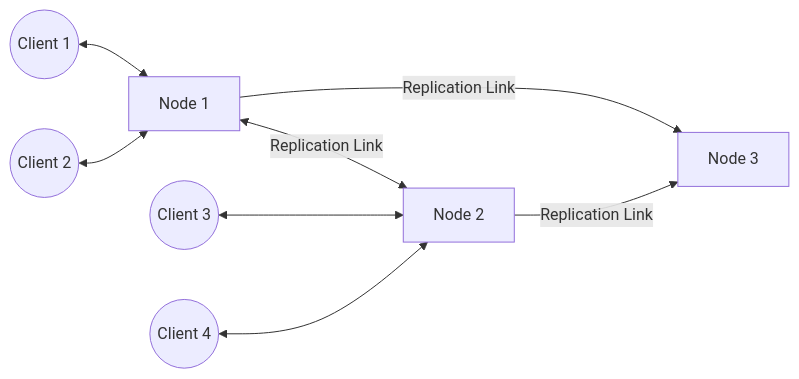
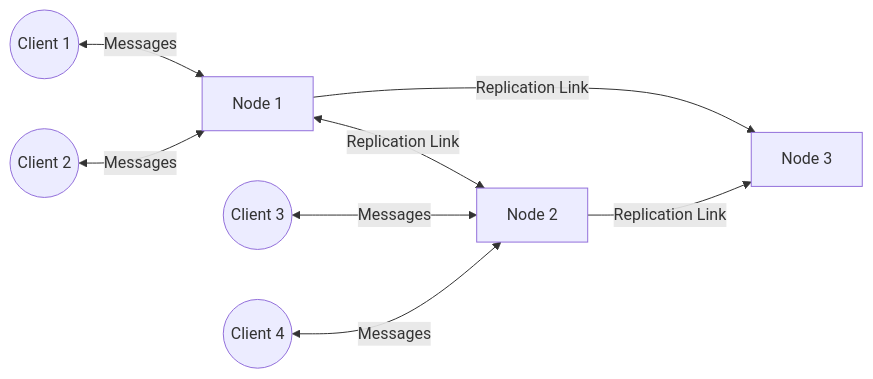
Before and after one commit to niklas-enns/message-broker: the diagram in README.md, drawn with Mermaid.

````diff
--- a/README.md
+++ b/README.md
@@ -11,11 +11,11 @@
 ```mermaid
 graph LR;
     N1[Node 1]<-->|Replication Link|N2[Node 2]
     N1[Node 1]-->|Replication Link|N3[Node 3]
     N2-->|Replication Link|N3
-    C1((Client 1))<-->N1;
-    C2((Client 2))<-->N1;
-    C3((Client 3))<-->N2;
-    C4((Client 4))<-->N2;
+    C1((Client 1))<-->|Messages|N1;
+    C2((Client 2))<-->|Messages|N1;
+    C3((Client 3))<-->|Messages|N2;
+    C4((Client 4))<-->|Messages|N2;
     N3[Node 3]
 ```
````
